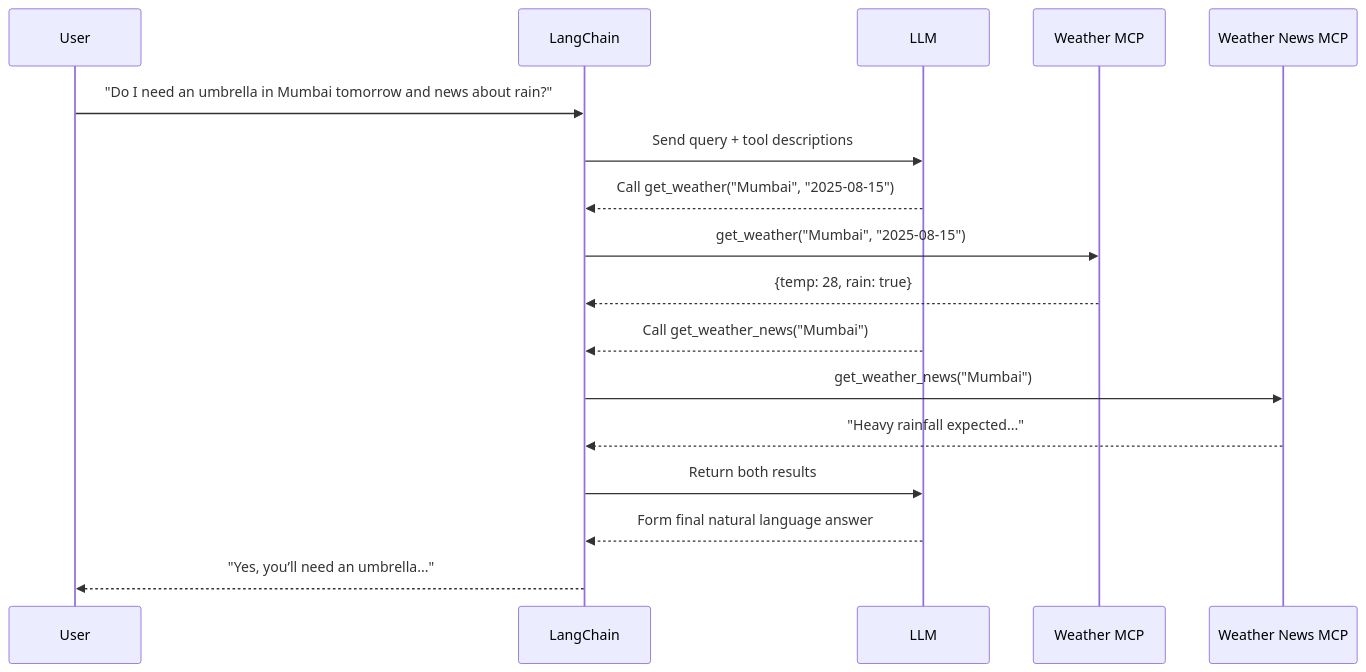
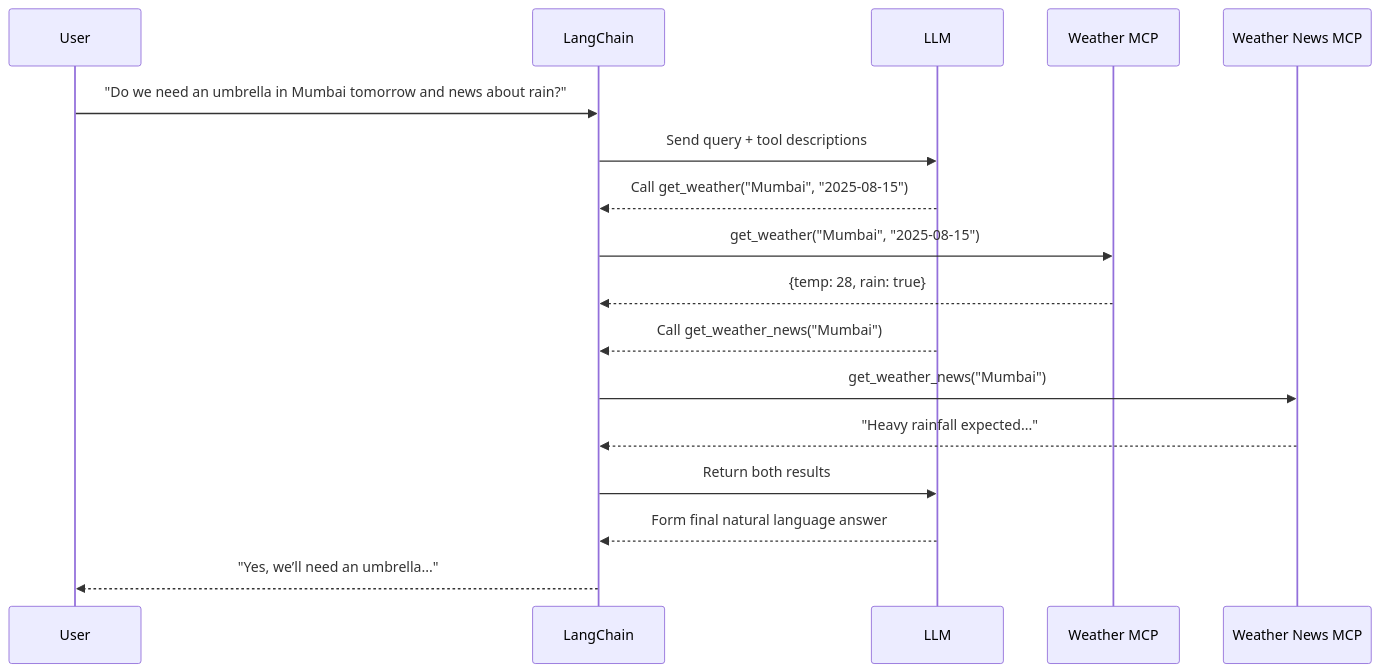
Before and after one commit to imdeepmind/imdeepmind.github.io: the second of 2 diagrams in docs/ml/mcp/langchain.md, drawn with Mermaid. The commit also changed other lines of this file and 2 other files, not shown here.

````diff
--- a/docs/ml/mcp/langchain.md
+++ b/docs/ml/mcp/langchain.md
@@ -117,22 +117,22 @@
 ```mermaid
 sequenceDiagram
     participant U as User
     participant LC as LangChain
     participant LLM as LLM
     participant MCP1 as Weather MCP
     participant MCP2 as Weather News MCP
 
-    U->>LC: "Do I need an umbrella in Mumbai tomorrow and news about rain?"
+    U->>LC: "Do we need an umbrella in Mumbai tomorrow and news about rain?"
     LC->>LLM: Send query + tool descriptions
     LLM-->>LC: Call get_weather("Mumbai", "2025-08-15")
     LC->>MCP1: get_weather("Mumbai", "2025-08-15")
     MCP1-->>LC: {temp: 28, rain: true}
 
     LLM-->>LC: Call get_weather_news("Mumbai")
     LC->>MCP2: get_weather_news("Mumbai")
     MCP2-->>LC: "Heavy rainfall expected..."
 
     LC->>LLM: Return both results
     LLM-->>LC: Form final natural language answer
-    LC-->>U: "Yes, you’ll need an umbrella..."
+    LC-->>U: "Yes, we’ll need an umbrella..."
 ```
````
